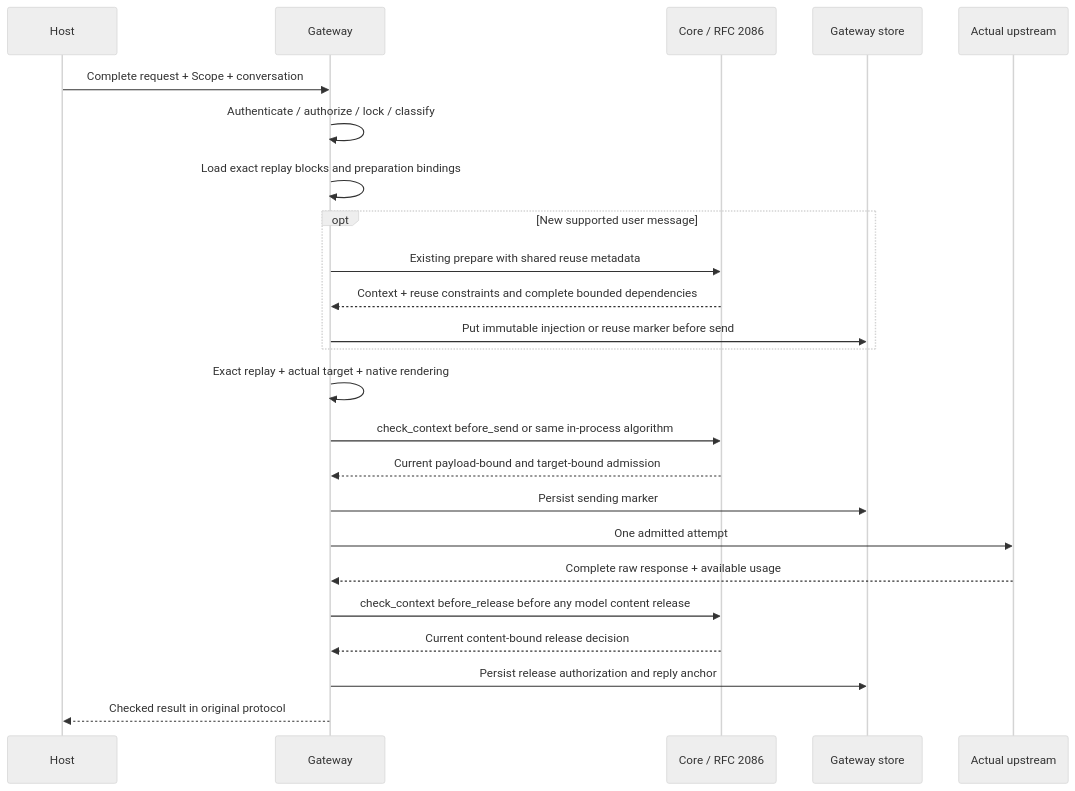
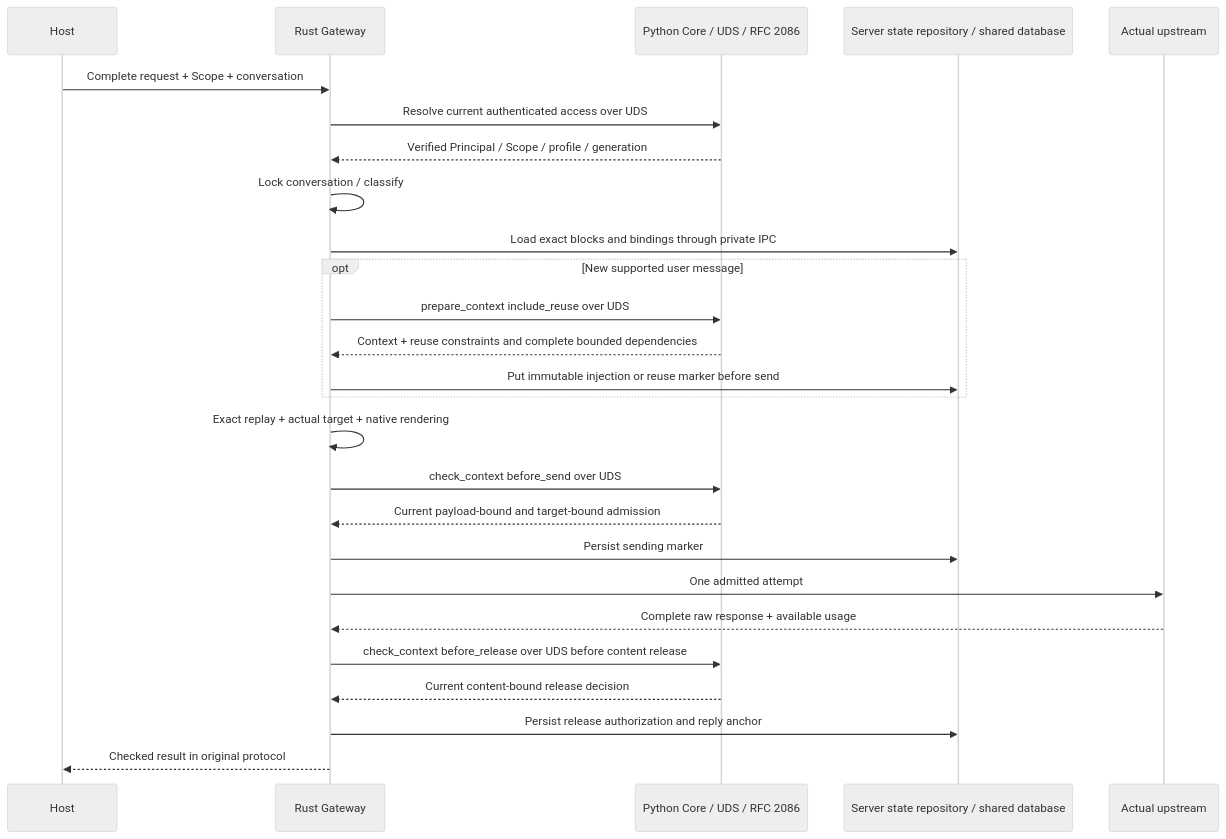
Before and after one commit to 2397819368a-oss/powercontext-2026: the second of 3 diagrams in docs/zh/rfcs/2199-powercontext-gateway.md, drawn with Mermaid (neutral theme). The commit also changed other lines of this file and 1 other file, not shown here.

Commit message:
docs(rfc): design Rust gateway IPC and shared storage

````diff
--- a/docs/zh/rfcs/2199-powercontext-gateway.md
+++ b/docs/zh/rfcs/2199-powercontext-gateway.md
@@ -435,26 +488,28 @@
 ```mermaid
 sequenceDiagram
     participant H as Host
-    participant G as Gateway
-    participant C as Core / RFC 2086
-    participant S as Gateway store
+    participant G as Rust Gateway
+    participant C as Python Core / UDS / RFC 2086
+    participant S as Server state repository / shared database
     participant U as Actual upstream
     H->>G: Complete request + Scope + conversation
-    G->>G: Authenticate / authorize / lock / classify
-    G->>G: Load exact replay blocks and preparation bindings
+    G->>C: Resolve current authenticated access over UDS
+    C-->>G: Verified Principal / Scope / profile / generation
+    G->>G: Lock conversation / classify
+    G->>S: Load exact blocks and bindings through private IPC
     opt New supported user message
-        G->>C: Existing prepare with shared reuse metadata
+        G->>C: prepare_context include_reuse over UDS
         C-->>G: Context + reuse constraints and complete bounded dependencies
         G->>S: Put immutable injection or reuse marker before send
     end
     G->>G: Exact replay + actual target + native rendering
-    G->>C: check_context before_send or same in-process algorithm
+    G->>C: check_context before_send over UDS
     C-->>G: Current payload-bound and target-bound admission
     G->>S: Persist sending marker
     G->>U: One admitted attempt
     U-->>G: Complete raw response + available usage
-    G->>C: check_context before_release before any model content release
+    G->>C: check_context before_release over UDS before content release
     C-->>G: Current content-bound release decision
     G->>S: Persist release authorization and reply anchor
     G-->>H: Checked result in original protocol
 ```
````
